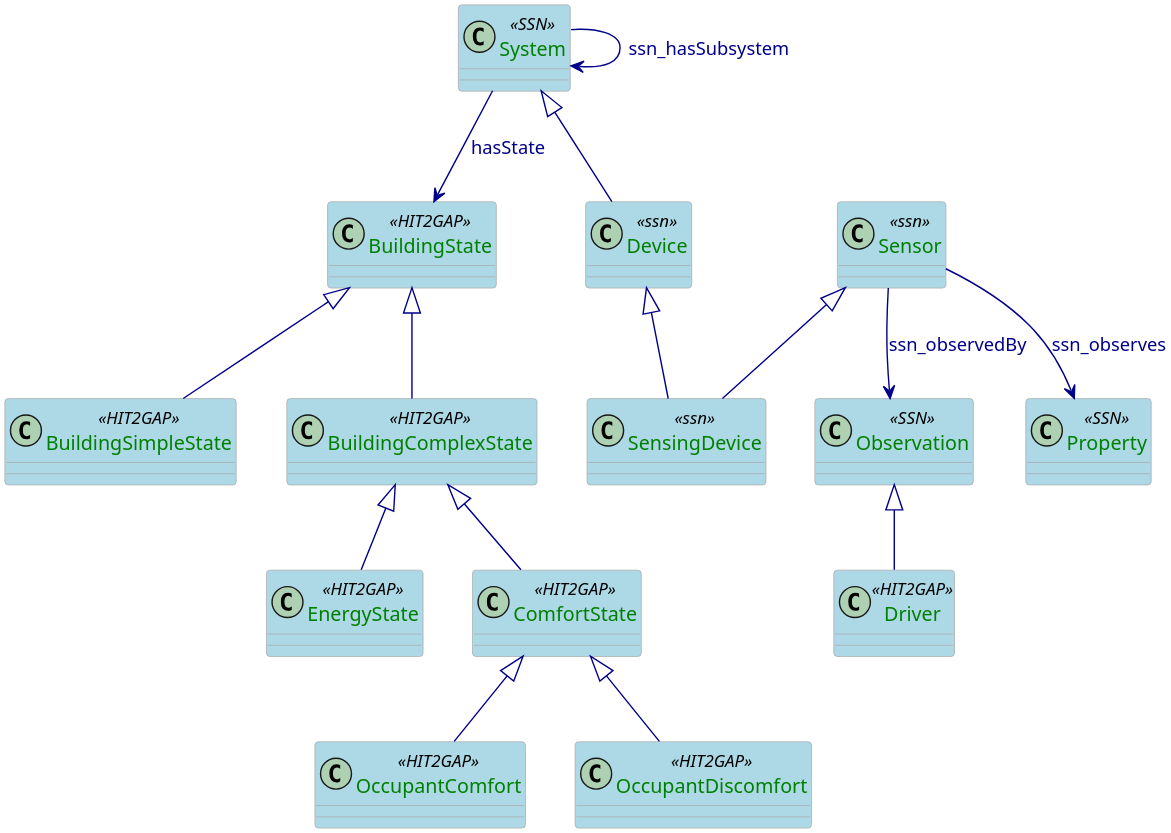
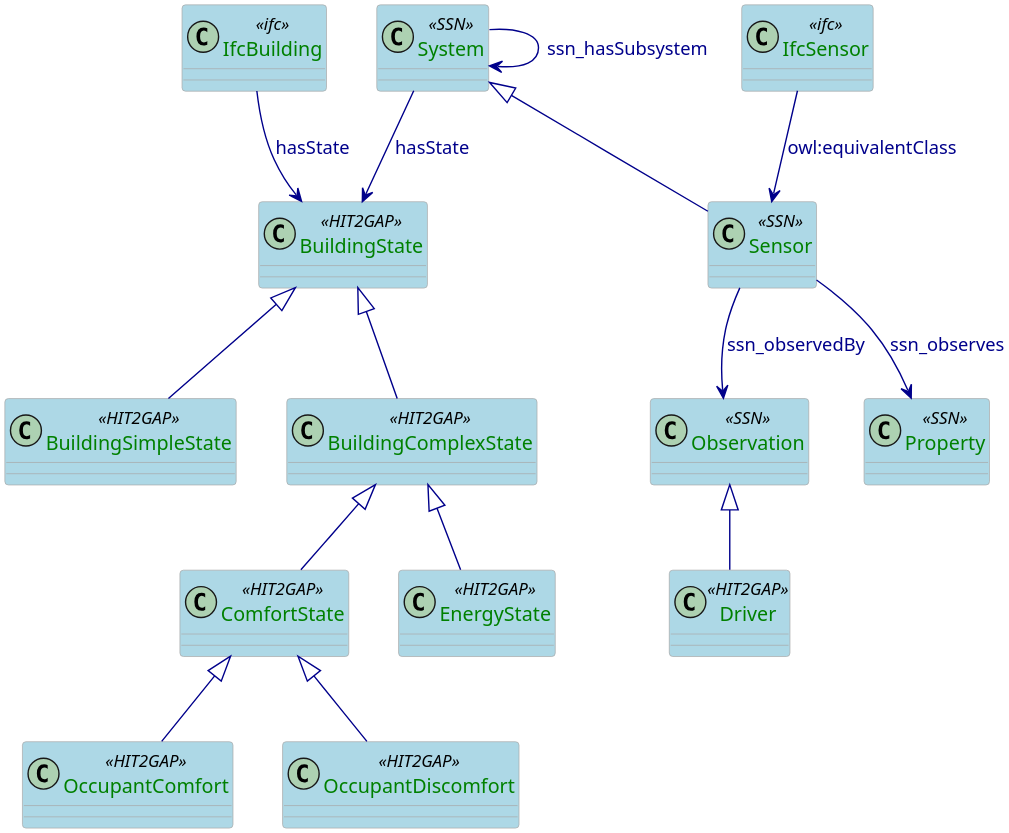
Before and after one commit to HIT2GAP-EU-PROJECT/BEMOnt: the diagram in docs/_book/plantuml/BuildingStateSpecification.puml, drawn with PlantUML. The commit also changed 19 other files, not shown here.

```diff
--- a/docs/_book/plantuml/BuildingStateSpecification.puml
+++ b/docs/_book/plantuml/BuildingStateSpecification.puml
@@ -1,76 +1,77 @@
 @startuml
 
 skinparam class {
   ArrowColor DarkBlue
   ArrowFontColor DarkBlue
   BackgroundColor LightBlue
   BorderColor DarkGrey
 }
 skinparam dpi 300
 skinparam stereotypeCBackgroundColor Wheat
 skinparam classAttributeFontColor  Green
 
 class System <<SSN>>{
 
 }
 
 class BuildingState <<HIT2GAP>>{
 
 }
 
 class BuildingSimpleState <<HIT2GAP>>{
 
 }
 
 class BuildingComplexState <<HIT2GAP>>{
 
 }
 
 class EnergyState <<HIT2GAP>>{
 
 }
 
 class ComfortState <<HIT2GAP>>{
 
 }
 
 class OccupantComfort <<HIT2GAP>>{
 
 }
 
 class OccupantDiscomfort <<HIT2GAP>>{
 
 }
 class Driver <<HIT2GAP>>{
 
 }
 
 class Observation <<SSN>>{
 
 }
 
 class Property <<SSN>> {
 
 }
 
-class Device <<ssn>>
-class Sensor <<ssn>>
-class SensingDevice <<ssn>>
+class Sensor <<SSN>>
 
+class IfcBuilding <<ifc>>
+class IfcSensor <<ifc>>
+
+IfcBuilding --> BuildingState:hasState
 System --> BuildingState: hasState
 BuildingState <|-- BuildingSimpleState
 BuildingState <|-- BuildingComplexState
 BuildingComplexState <|-- EnergyState
 BuildingComplexState <|-- ComfortState
 ComfortState <|-- OccupantComfort
 ComfortState <|-- OccupantDiscomfort
-System <|-- Device
-Device <|-- SensingDevice
-Sensor <|-- SensingDevice
 System --> System:ssn_hasSubsystem
+System <|-- Sensor
 Sensor --> Observation:ssn_observedBy
 Sensor --> Property:ssn_observes
+IfcSensor --> Sensor: owl:equivalentClass
 
 Observation <|-- Driver
 
 @enduml
```
